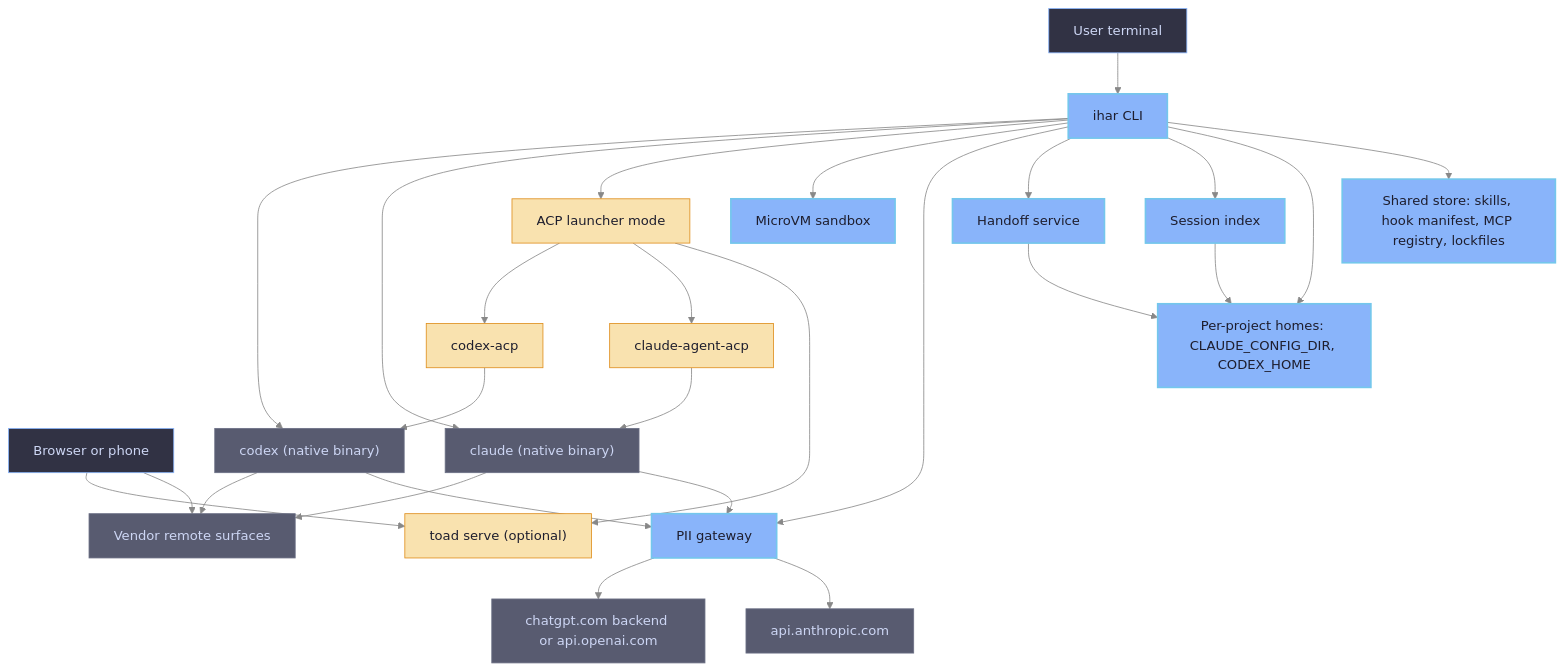
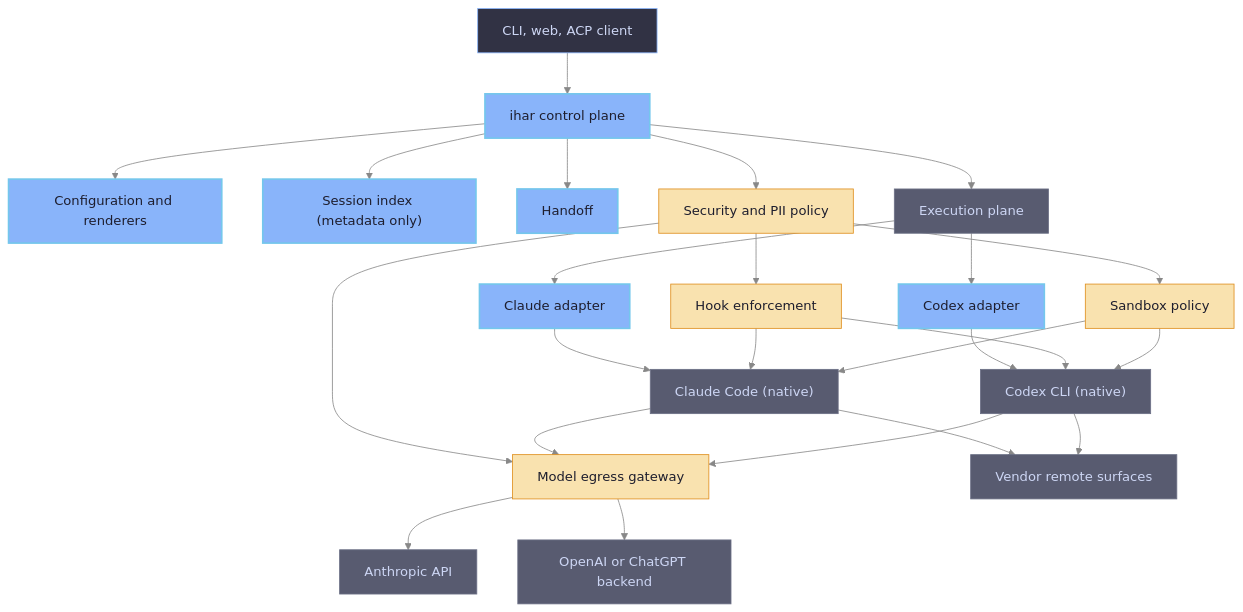
Before and after one commit to ikeniborn/ihar: the first of 2 diagrams in docs/hld/unified-harness.md, drawn with Mermaid. The commit also changed other lines of this file, not shown here.

First line of the commit message:
docs(hld): split control and execution planes, add PII policy and profiles

````diff
--- a/docs/hld/unified-harness.md
+++ b/docs/hld/unified-harness.md
@@ -105,36 +105,34 @@
 ```mermaid
 %%{init: {'theme': 'base', 'themeVariables': {'background': '#1e1e2e', 'primaryColor': '#313244', 'primaryTextColor': '#cdd6f4', 'primaryBorderColor': '#89b4fa', 'lineColor': '#888888', 'secondaryColor': '#181825', 'tertiaryColor': '#45475a'}}}%%
 flowchart TD
-    U["User terminal"] --> CLI["ihar CLI"]
-    W["Browser or phone"] --> RC["Vendor remote surfaces"]
-    W --> TS["toad serve (optional)"]
-    CLI --> ST["Shared store: skills, hook manifest, MCP registry, lockfiles"]
-    CLI --> HOME["Per-project homes: CLAUDE_CONFIG_DIR, CODEX_HOME"]
-    CLI --> IDX["Session index"]
-    CLI --> HO["Handoff service"]
-    CLI --> GW["PII gateway"]
-    CLI --> VM["MicroVM sandbox"]
-    CLI --> ACP["ACP launcher mode"]
-    ACP --> TS
-    CLI --> CC["claude (native binary)"]
-    CLI --> CX["codex (native binary)"]
-    ACP --> CAA["claude-agent-acp"]
-    ACP --> CXA["codex-acp"]
-    CAA --> CC
-    CXA --> CX
+    U["CLI, web, ACP client"] --> CP["ihar control plane"]
+    CP --> CFG["Configuration and renderers"]
+    CP --> IDX["Session index (metadata only)"]
+    CP --> HO["Handoff"]
+    CP --> POL["Security and PII policy"]
+    CP --> EP["Execution plane"]
+    EP --> CA["Claude adapter"]
+    EP --> XA["Codex adapter"]
+    CA --> CC["Claude Code (native)"]
+    XA --> CX["Codex CLI (native)"]
+    POL --> HK["Hook enforcement"]
+    POL --> SB["Sandbox policy"]
+    POL --> GW["Model egress gateway"]
+    HK --> CC
+    HK --> CX
+    SB --> CC
+    SB --> CX
     CC --> GW
     CX --> GW
-    GW --> ANT["api.anthropic.com"]
-    GW --> OAI["chatgpt.com backend or api.openai.com"]
-    CC --> RC
+    GW --> ANT["Anthropic API"]
+    GW --> OAI["OpenAI or ChatGPT backend"]
+    CC --> RC["Vendor remote surfaces"]
     CX --> RC
-    IDX --> HOME
-    HO --> HOME
 
-    classDef core fill:#89b4fa,color:#1e1e2e,stroke:#74c7ec,stroke-width:2px
-    classDef vendor fill:#585b70,color:#cdd6f4,stroke:#6c7086
-    classDef opt fill:#f9e2af,color:#1e1e2e,stroke:#df8e1d
-    class CLI,ST,HOME,IDX,HO,GW,VM core
-    class CC,CX,ANT,OAI,RC vendor
-    class ACP,TS,CAA,CXA opt
+    classDef control fill:#89b4fa,color:#1e1e2e,stroke:#74c7ec,stroke-width:2px
+    classDef policy fill:#f9e2af,color:#1e1e2e,stroke:#df8e1d
+    classDef exec fill:#585b70,color:#cdd6f4,stroke:#6c7086
+    class CP,CFG,IDX,HO,CA,XA control
+    class POL,HK,SB,GW policy
+    class EP,CC,CX,ANT,OAI,RC exec
 ```
````
